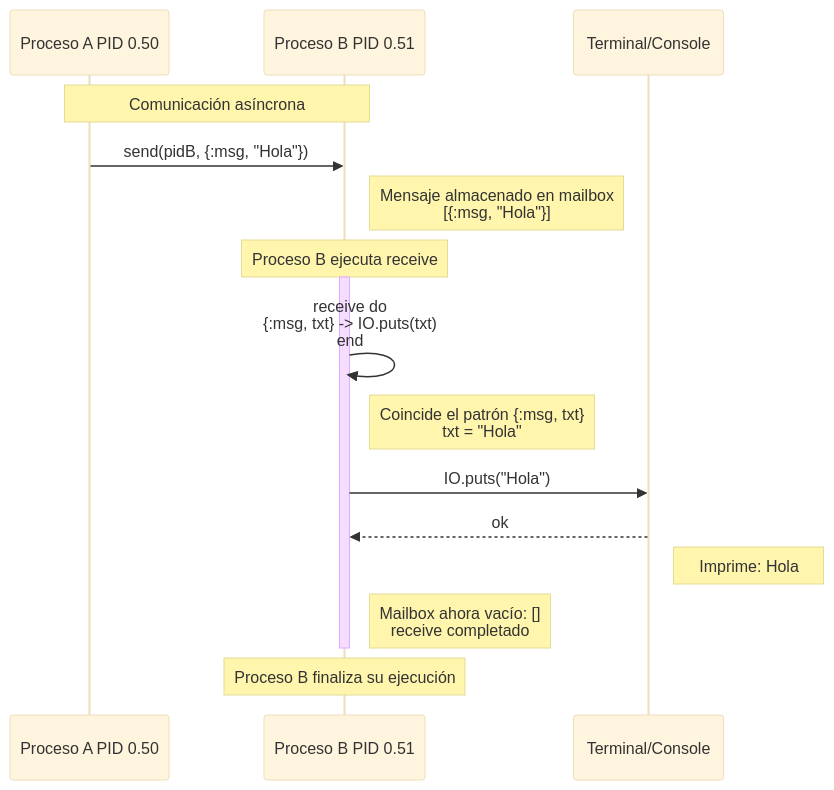
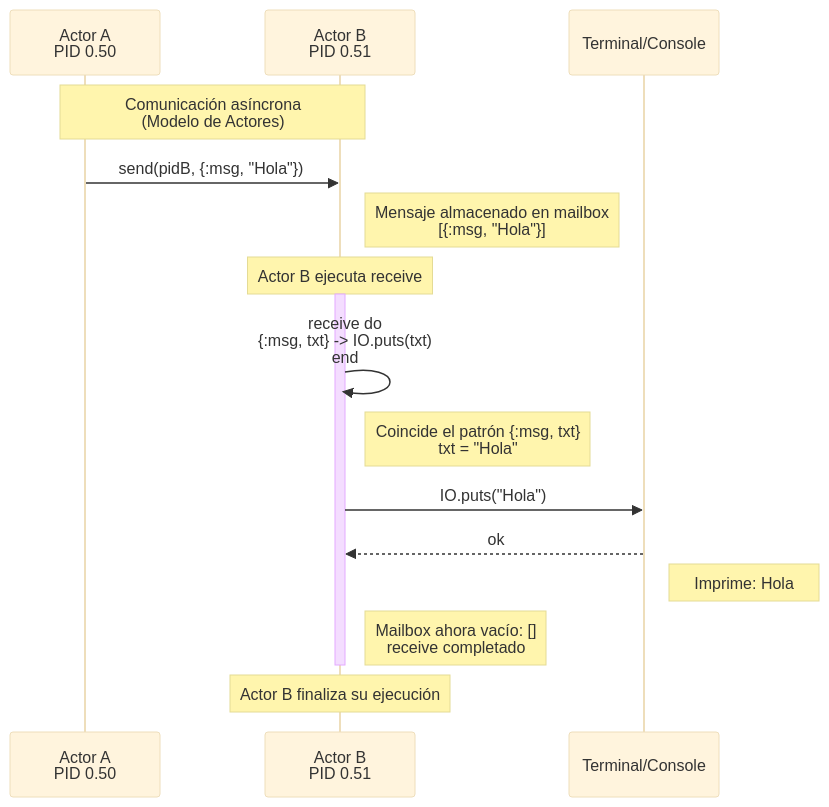
One commit to caflorezvi/guias-programacion3 changed the first of 2 diagrams in docs/11.procesos.md. Above: the diagram before and after it, drawn with Mermaid (base theme). The commit also changed other lines of this file and 13 other files, not shown here.

```diff
--- a/docs/11.procesos.md
+++ b/docs/11.procesos.md
@@ -164,25 +207,25 @@
 <div class="mermaid" style="text-align: center;">
 sequenceDiagram
-    participant A as Proceso A PID 0.50
-    participant B as Proceso B PID 0.51
+    participant A as Actor A<br/>PID 0.50
+    participant B as Actor B<br/>PID 0.51
     participant Console as Terminal/Console
     
-    Note over A,B: Comunicación asíncrona
+    Note over A,B: Comunicación asíncrona<br/>(Modelo de Actores)
     
     A->>B: send(pidB, {:msg, "Hola"})
     Note right of B: Mensaje almacenado en mailbox<br/>[{:msg, "Hola"}]
     
-    Note over B: Proceso B ejecuta receive
+    Note over B: Actor B ejecuta receive
     activate B
     B->>B: receive do<br/>{:msg, txt} -> IO.puts(txt)<br/>end
     Note right of B: Coincide el patrón {:msg, txt}<br/>txt = "Hola"
     
     B->>Console: IO.puts("Hola")
     Console-->>B: ok
     Note right of Console: Imprime: Hola
     
     Note right of B: Mailbox ahora vacío: []<br/>receive completado
     deactivate B
     
-    Note over B: Proceso B finaliza su ejecución
+    Note over B: Actor B finaliza su ejecución
 </div>
```
